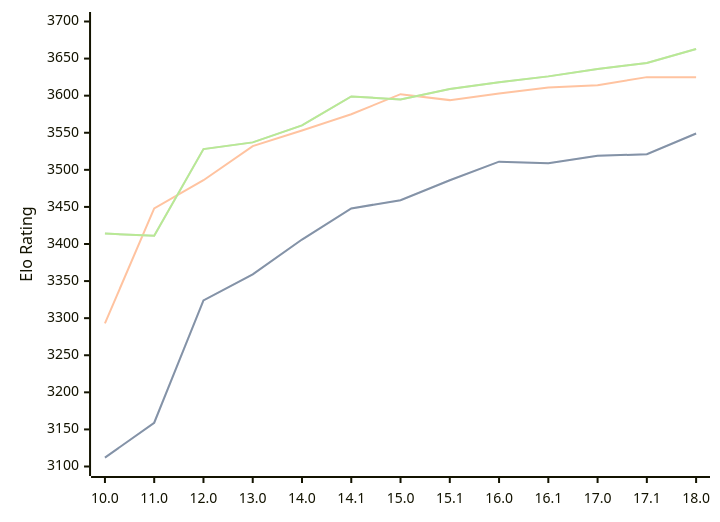
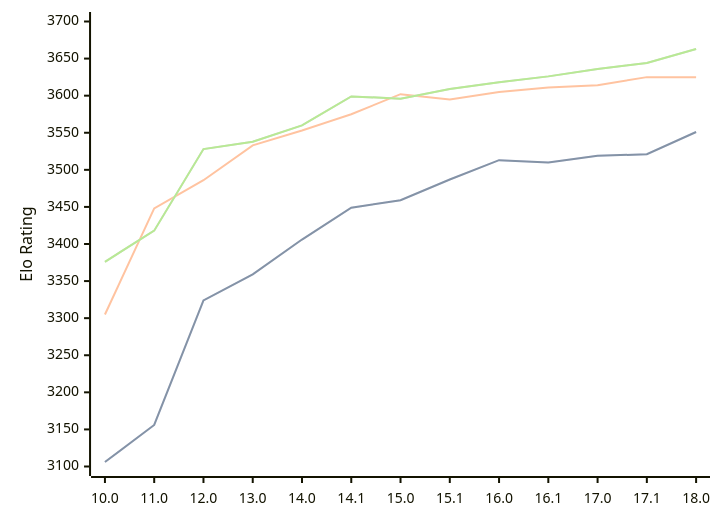
One commit to computer-chess-index/cci changed the diagram in engines/Stockfish.md. Above: the diagram before and after it, drawn with Mermaid. The commit also changed other lines of this file, not shown here.

Commit message:
Update CCI Ratings (ELO VLTC) - 2026-02-20

````diff
--- a/engines/Stockfish.md
+++ b/engines/Stockfish.md
@@ -42,11 +42,11 @@
 ```mermaid
 %%{init: {"theme":"base","themeVariables":{"seriesColors:['#a3a3a3','#222221','#faa371']}}}%%
 xychart-beta
   x-axis ["10.0", "11.0", "12.0", "13.0", "14.0", "14.1", "15.0", "15.1", "16.0", "16.1", "17.0", "17.1", "18.0"]
   y-axis "Elo Rating" 3100 --> 3700
-  line "STC (8.0+0.08s)" [3112, 3159, 3324, 3359, 3406, 3448, 3459, 3486, 3511, 3509, 3519, 3521, 3549]
-  line "STC (8.0+0.08s)" [3112, 3159, 3324, 3359, 3406, 3448, 3459, 3486, 3511, 3509, 3519, 3521, 3549]
-  line "LTC (60.0+0.60s)" [3293, 3448, 3486, 3532, 3553, 3575, 3602, 3594, 3603, 3611, 3614, 3625, 3625]
-  line "VLTC (2m24s+1.12s)" [3414, 3411, 3528, 3537, 3560, 3599, 3595, 3609, 3618, 3626, 3636, 3644, 3663]
-  line "VLTC (2m24s+1.12s)" [3414, 3411, 3528, 3537, 3560, 3599, 3595, 3609, 3618, 3626, 3636, 3644, 3663]
+  line "STC (8.0+0.08s)" [3106, 3156, 3324, 3359, 3406, 3449, 3459, 3487, 3513, 3510, 3519, 3521, 3551]
+  line "STC (8.0+0.08s)" [3106, 3156, 3324, 3359, 3406, 3449, 3459, 3487, 3513, 3510, 3519, 3521, 3551]
+  line "LTC (60.0+0.60s)" [3305, 3448, 3486, 3533, 3553, 3575, 3602, 3595, 3605, 3611, 3614, 3625, 3625]
+  line "VLTC (2m24s+1.12s)" [3376, 3418, 3528, 3538, 3560, 3599, 3596, 3609, 3618, 3626, 3636, 3644, 3663]
+  line "VLTC (2m24s+1.12s)" [3376, 3418, 3528, 3538, 3560, 3599, 3596, 3609, 3618, 3626, 3636, 3644, 3663]
 ```
````
